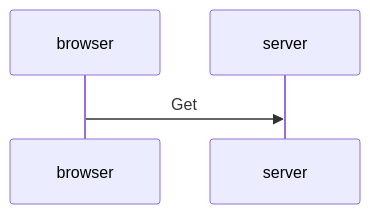
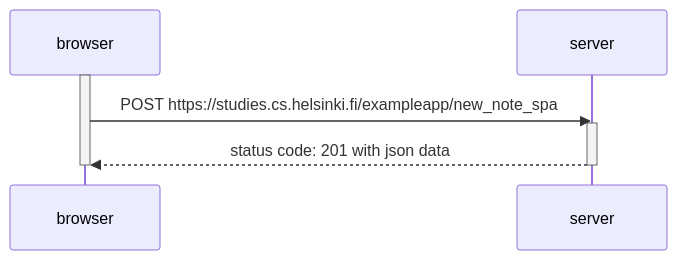
Before and after one commit to xakyth/FullStackOpen: the third of 3 diagrams in part0/exercises.md, drawn with Mermaid. The commit also changed other lines of this file, not shown here.

````diff
--- a/part0/exercises.md
+++ b/part0/exercises.md
@@ -7,7 +82,13 @@
 ```mermaid
 sequenceDiagram
     participant browser
     participant server
+    activate browser
 
-    browser->>server: Get
+    browser->>server: POST https://studies.cs.helsinki.fi/exampleapp/new_note_spa
+    activate server
+    server-->>browser: status code: 201 with json data
+    deactivate server
+
+    deactivate browser
 ```
````
